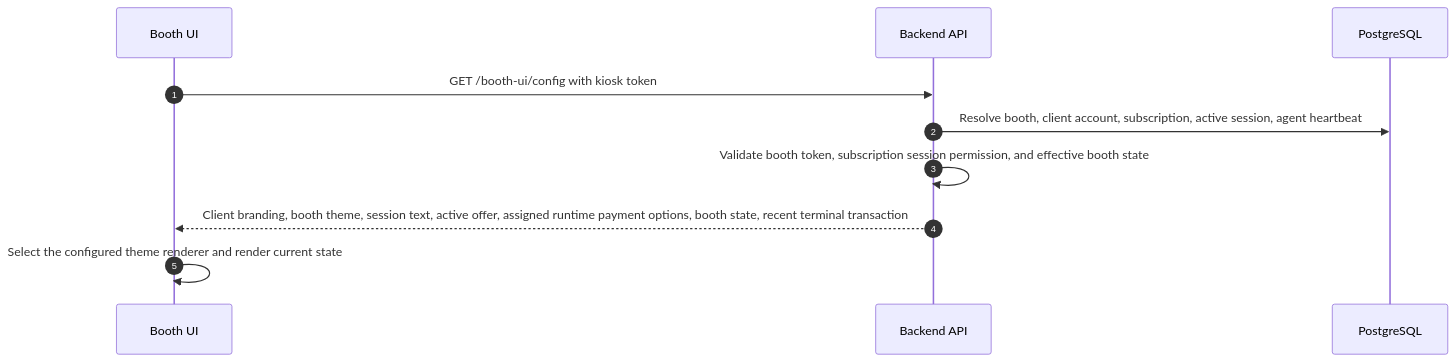
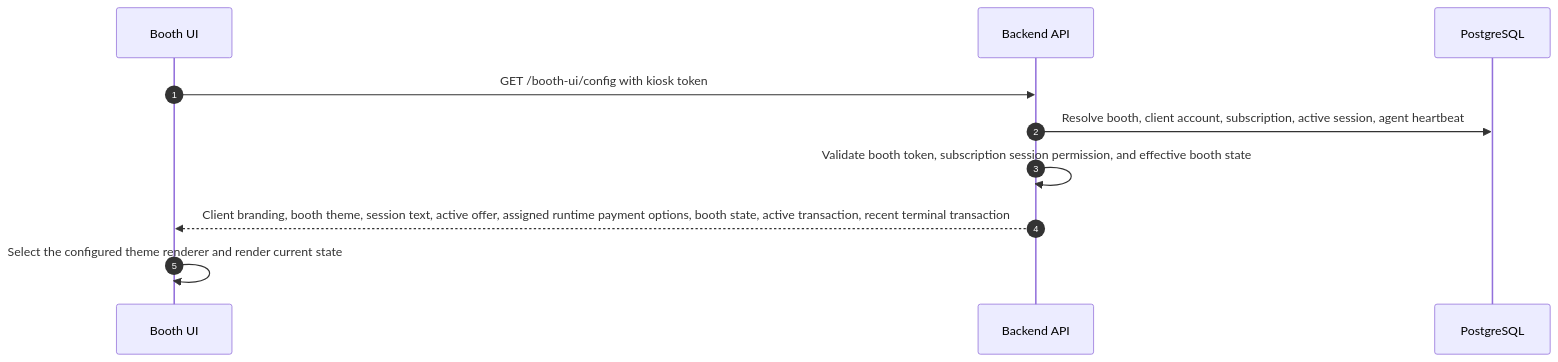
The fourth of 9 diagrams in docs/ARCHITECTURE.md (quinjan/PhotoBIZ), drawn with Mermaid before and after one commit. The commit also changed other lines of this file and 41 other files, not shown here.

Commit message:
Vintage Booth Theme Overhaul, added new behavior tracking in Booth UI

````diff
--- a/docs/ARCHITECTURE.md
+++ b/docs/ARCHITECTURE.md
@@ -102,13 +102,13 @@
 ```mermaid
 sequenceDiagram
   autonumber
   participant B as Booth UI
   participant API as Backend API
   participant DB as PostgreSQL
 
   B->>API: GET /booth-ui/config with kiosk token
   API->>DB: Resolve booth, client account, subscription, active session, agent heartbeat
   API->>API: Validate booth token, subscription session permission, and effective booth state
-  API-->>B: Client branding, booth theme, session text, active offer, assigned runtime payment options, booth state, recent terminal transaction
+  API-->>B: Client branding, booth theme, session text, active offer, assigned runtime payment options, booth state, active transaction, recent terminal transaction
   B->>B: Select the configured theme renderer and render current state
 ```
````
